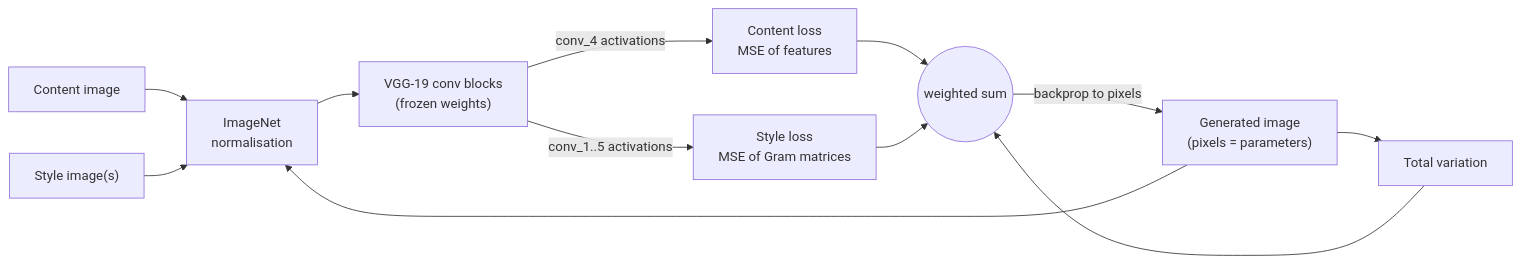
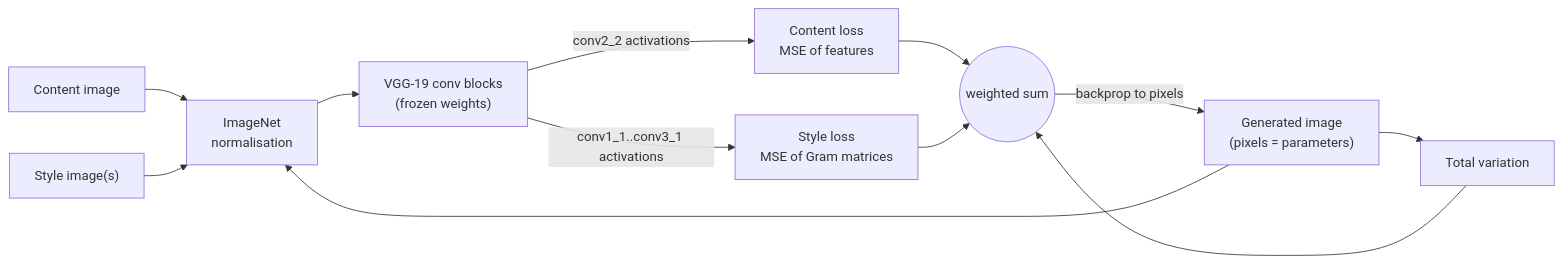
One commit to houssammehdi/neural-style-transfer changed the diagram in README.md. Above: the diagram before and after it, drawn with Mermaid. The commit also changed other lines of this file and 19 other files, not shown here.

````diff
--- a/README.md
+++ b/README.md
@@ -32,14 +33,14 @@
 ```mermaid
 flowchart LR
     C[Content image] --> N
     S["Style image(s)"] --> N
     X["Generated image<br/>(pixels = parameters)"] --> N[ImageNet<br/>normalisation]
     N --> V["VGG-19 conv blocks<br/>(frozen weights)"]
-    V -->|conv_4 activations| CL["Content loss<br/>MSE of features"]
-    V -->|conv_1..5 activations| SL["Style loss<br/>MSE of Gram matrices"]
+    V -->|conv2_2 activations| CL["Content loss<br/>MSE of features"]
+    V -->|conv1_1..conv3_1 activations| SL["Style loss<br/>MSE of Gram matrices"]
     X --> TV[Total variation]
     CL --> L((weighted sum))
     SL --> L
     TV --> L
     L -->|backprop to pixels| X
 ```
````
